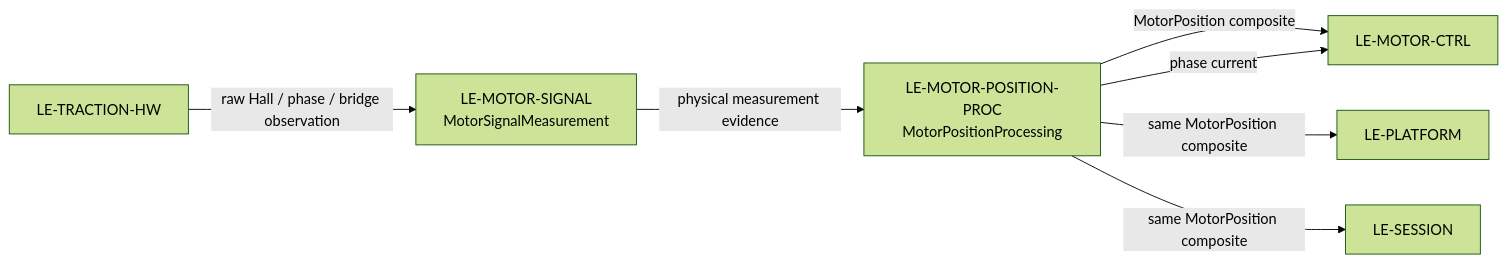
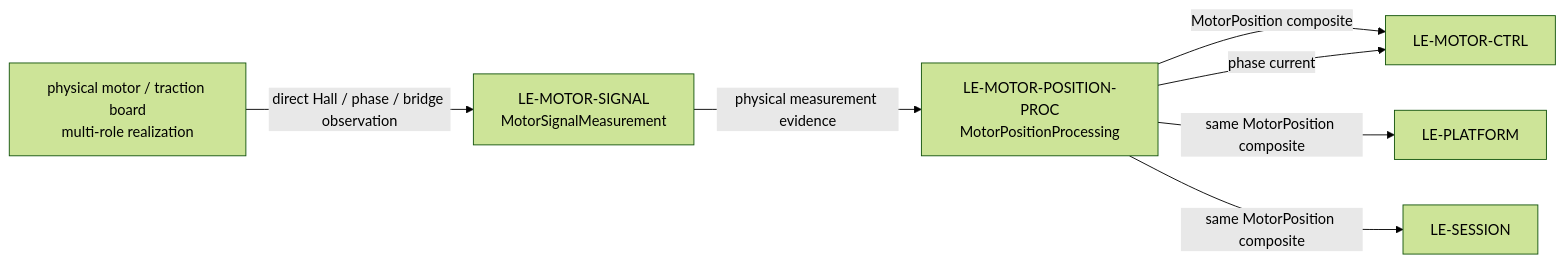
One commit to dhellhake/X2CityMCU changed the diagram in .devenv/Architecture/SystemArchitecture/Modelling/MotorPositionEstimation/README.md. Above: the diagram before and after it, drawn with Mermaid (forest theme). The commit also changed other lines of this file and 45 other files, not shown here.

````diff
--- a/.devenv/Architecture/SystemArchitecture/Modelling/MotorPositionEstimation/README.md
+++ b/.devenv/Architecture/SystemArchitecture/Modelling/MotorPositionEstimation/README.md
@@ -7,9 +7,9 @@
 ```mermaid
 flowchart LR
-    THW["LE-TRACTION-HW"] -->|raw Hall / phase / bridge observation| MSM["LE-MOTOR-SIGNAL\nMotorSignalMeasurement"]
+    PHYS["physical motor / traction board\nmulti-role realization"] -->|direct Hall / phase / bridge observation| MSM["LE-MOTOR-SIGNAL\nMotorSignalMeasurement"]
     MSM -->|physical measurement evidence| MPP["LE-MOTOR-POSITION-PROC\nMotorPositionProcessing"]
     MPP -->|MotorPosition composite| MC["LE-MOTOR-CTRL"]
     MPP -->|same MotorPosition composite| PL["LE-PLATFORM"]
     MPP -->|same MotorPosition composite| SP["LE-SESSION"]
     MPP -->|phase current| MC
 ```
````
